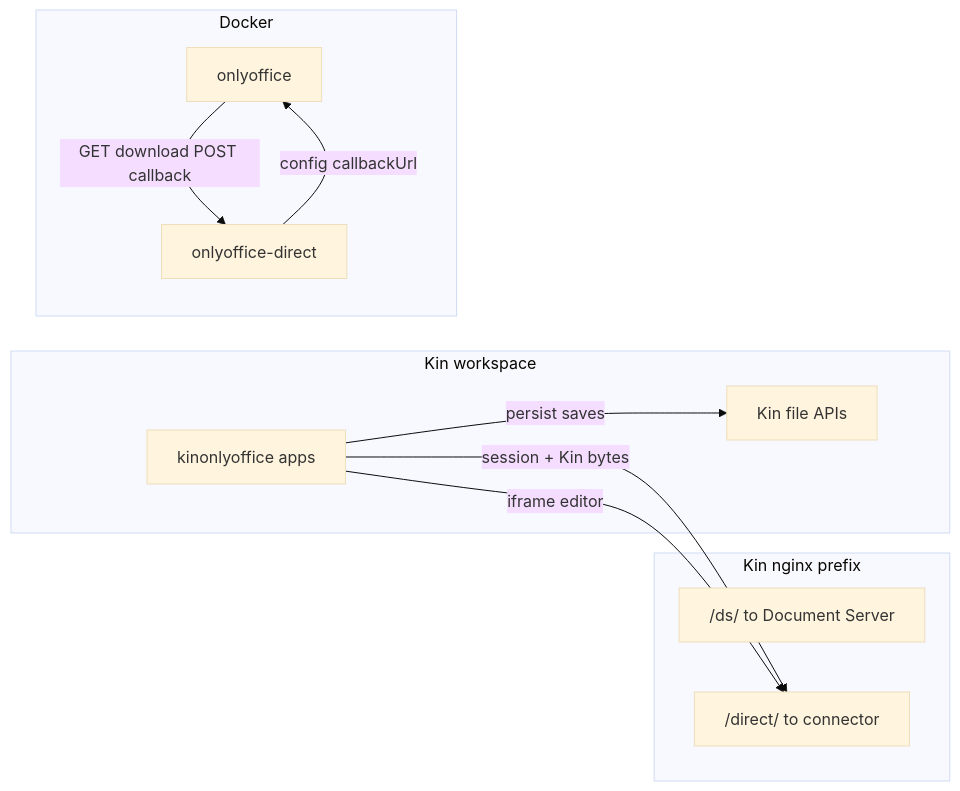
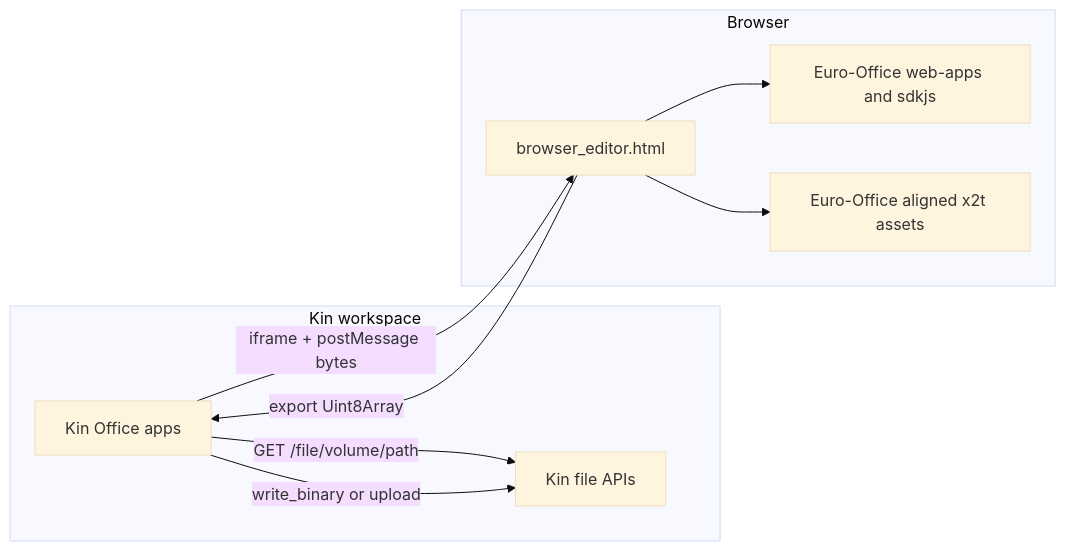
One commit to auraeinteractive/kin-office changed the first of 2 diagrams in specs/architecture.md. Above: the diagram before and after it, drawn with Mermaid (base theme). The commit also changed other lines of this file and 1615 other files, not shown here.

First line of the commit message:
Replace Document Server with browser-only Kin Office apps.

````diff
--- a/specs/architecture.md
+++ b/specs/architecture.md
@@ -3,20 +3,18 @@
 ```mermaid
 flowchart LR
   subgraph kin [Kin workspace]
-    App[kinonlyoffice apps]
+    App[Kin Office apps]
     KinFS["Kin file APIs"]
   end
-  subgraph nginx [Kin nginx prefix]
-    DS["/ds/ to Document Server"]
-    Direct["/direct/ to connector"]
+  subgraph browser [Browser]
+    Shell["browser_editor.html"]
+    EO["Euro-Office web-apps and sdkjs"]
+    X2T["Euro-Office aligned x2t assets"]
   end
-  subgraph docker [Docker]
-    OO[onlyoffice]
-    Conn[onlyoffice-direct]
-  end
-  App -->|session + Kin bytes| Direct
-  App -->|persist saves| KinFS
-  App -->|iframe editor| Direct
-  Conn -->|config callbackUrl| OO
-  OO -->|GET download POST callback| Conn
+  App -->|GET /file/volume/path| KinFS
+  App -->|iframe + postMessage bytes| Shell
+  Shell --> EO
+  Shell --> X2T
+  Shell -->|export Uint8Array| App
+  App -->|write_binary or upload| KinFS
 ```
````
